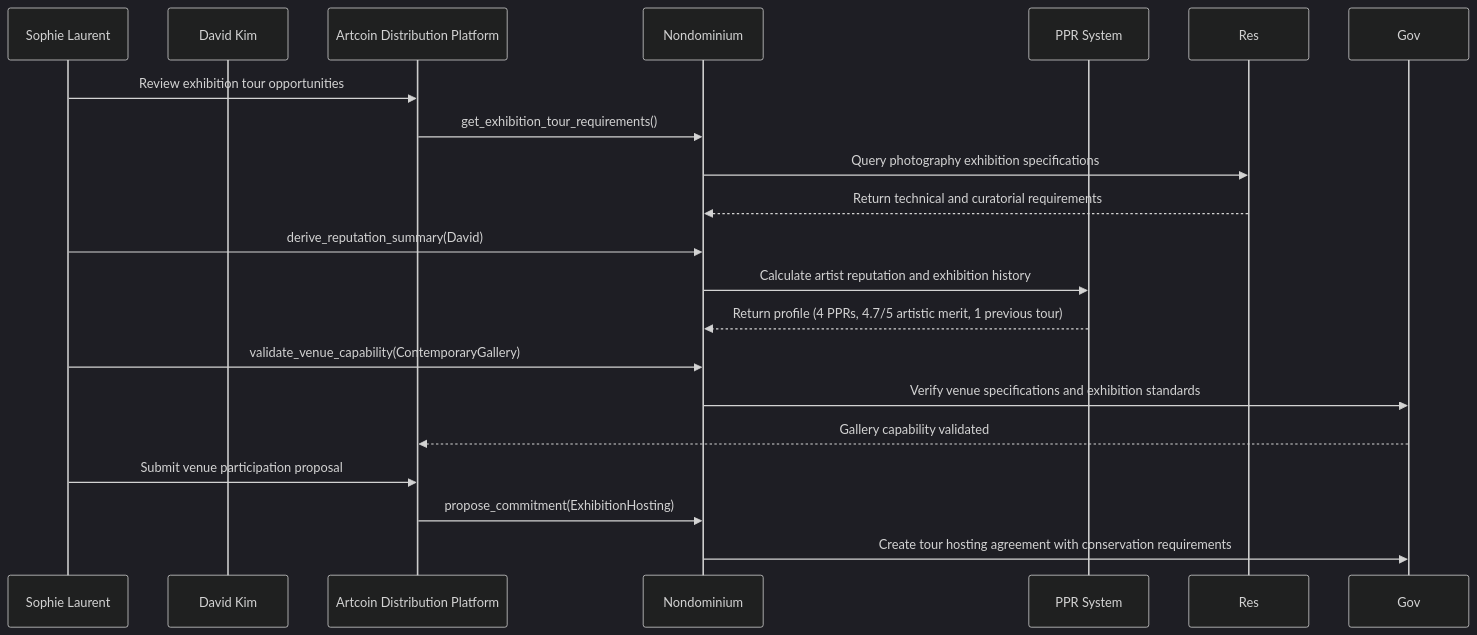
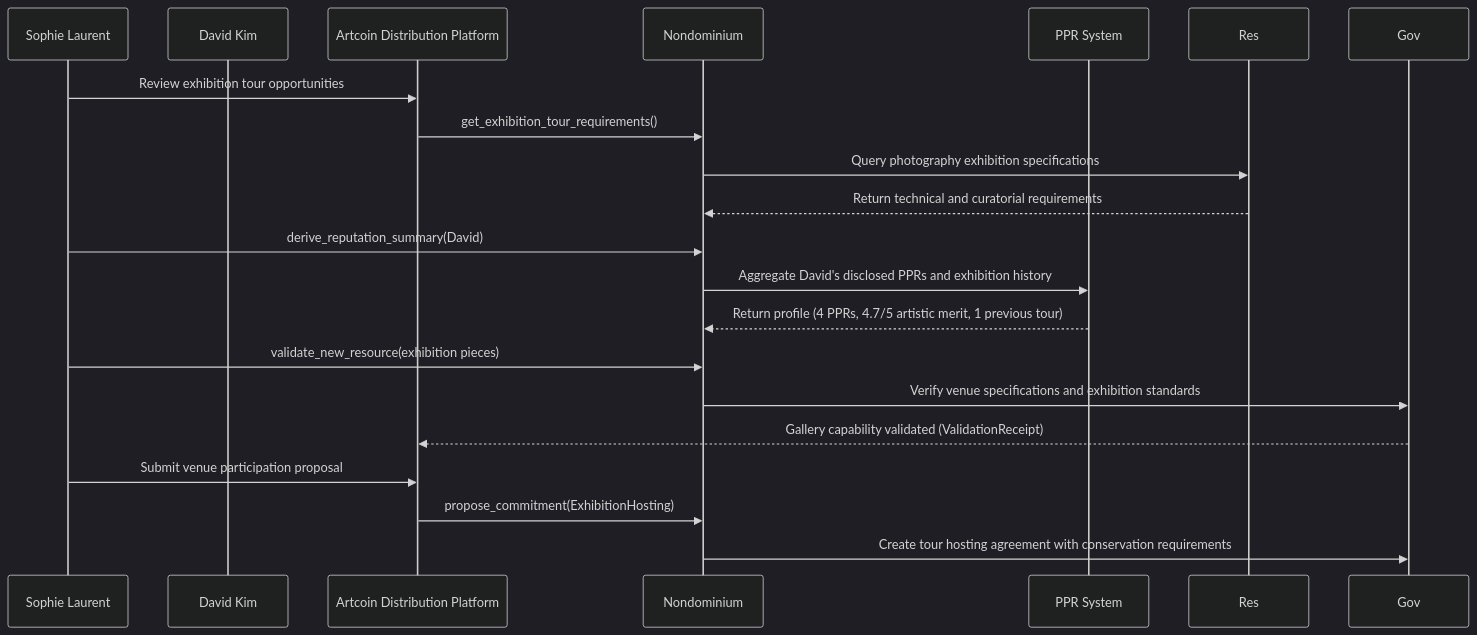
The second of 9 diagrams in documentation/Applications/user-story/user-story-art-distribution.md (Sensorica/nondominium), drawn with Mermaid (dark theme) before and after one commit. The commit also changed other lines of this file and 99 other files, not shown here.

````diff
--- a/documentation/Applications/user-story/user-story-art-distribution.md
+++ b/documentation/Applications/user-story/user-story-art-distribution.md
@@ -73,25 +82,25 @@
 ```mermaid
 sequenceDiagram
     participant Sophie as Sophie Laurent
     participant David as David Kim
     participant Artcoin as Artcoin Distribution Platform
     participant ND as Nondominium
     participant PPR as PPR System
 
     Sophie->>Artcoin: Review exhibition tour opportunities
     Artcoin->>ND: get_exhibition_tour_requirements()
     ND->>Res: Query photography exhibition specifications
     Res-->>ND: Return technical and curatorial requirements
 
     Sophie->>ND: derive_reputation_summary(David)
-    ND->>PPR: Calculate artist reputation and exhibition history
+    ND->>PPR: Aggregate David's disclosed PPRs and exhibition history
     PPR-->>ND: Return profile (4 PPRs, 4.7/5 artistic merit, 1 previous tour)
 
-    Sophie->>ND: validate_venue_capability(ContemporaryGallery)
+    Sophie->>ND: validate_new_resource(exhibition pieces)
     ND->>Gov: Verify venue specifications and exhibition standards
-    Gov-->>Artcoin: Gallery capability validated
+    Gov-->>Artcoin: Gallery capability validated (ValidationReceipt)
 
     Sophie->>Artcoin: Submit venue participation proposal
     Artcoin->>ND: propose_commitment(ExhibitionHosting)
     ND->>Gov: Create tour hosting agreement with conservation requirements
 ```
````
